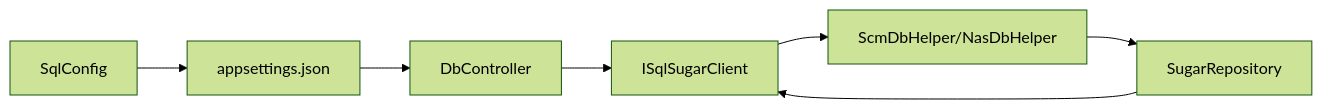
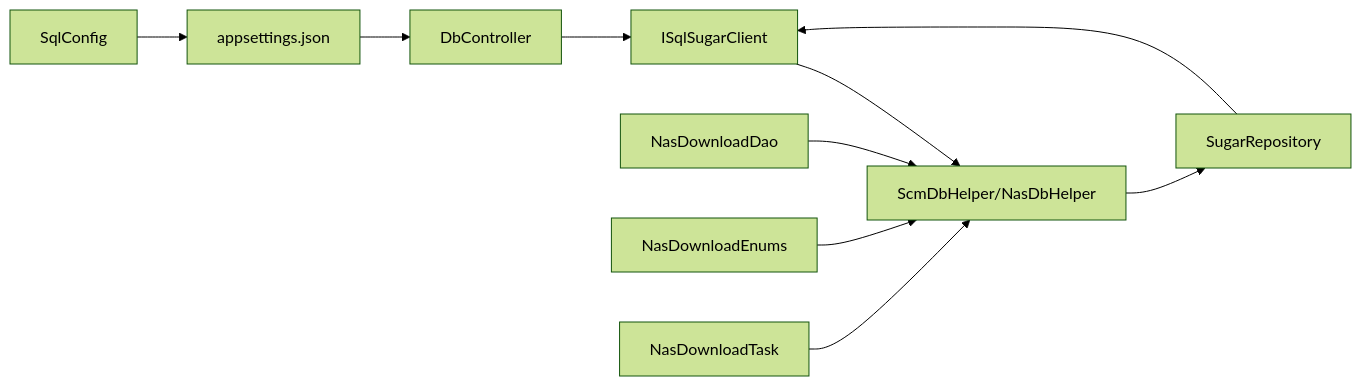
The fifth of 5 diagrams in .qoder/repowiki/zh/content/部署指南/数据库初始化.md (leadiot/Scm.Net), drawn with Mermaid (forest theme) before and after one commit. The commit also changed other lines of this file and 10 other files, not shown here.

````diff
--- a/.qoder/repowiki/zh/content/部署指南/数据库初始化.md
+++ b/.qoder/repowiki/zh/content/部署指南/数据库初始化.md
@@ -256,9 +317,12 @@
 ```mermaid
 graph LR
 Conf["SqlConfig"] --> Cfg["appsettings.json"]
 Cfg --> Ctrl["DbController"]
 Ctrl --> SQL["ISqlSugarClient"]
 SQL --> Helper["ScmDbHelper/NasDbHelper"]
 Helper --> Repo["SugarRepository"]
 Repo --> SQL
+NasDAO["NasDownloadDao"] --> Helper
+NasEnums["NasDownloadEnums"] --> Helper
+NasTask["NasDownloadTask"] --> Helper
 ```
````
